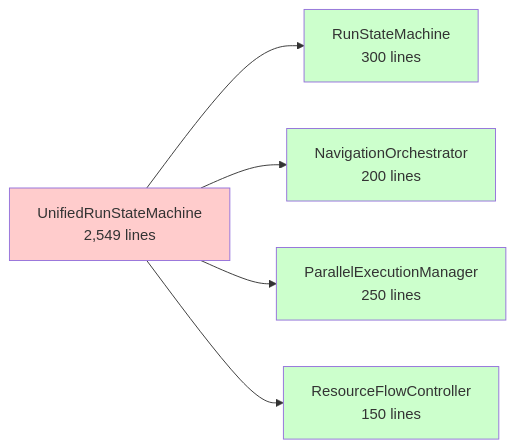
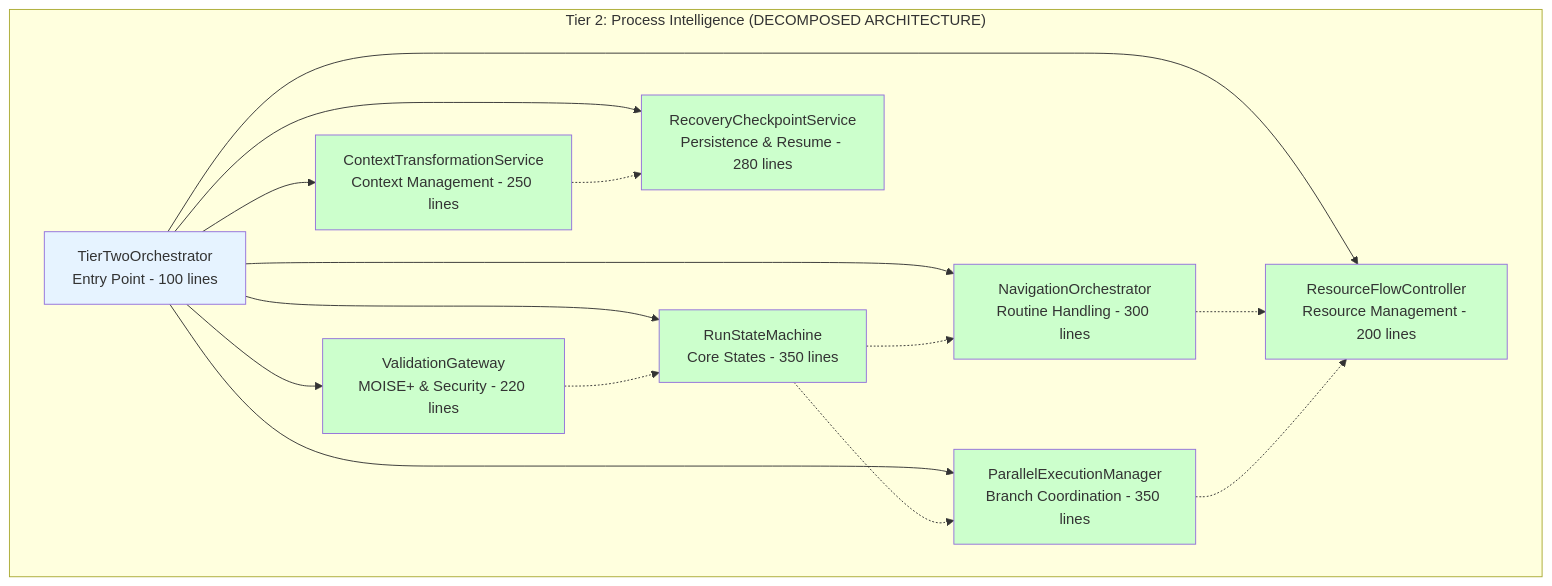
One commit to Vrooli/Vrooli changed the second of 6 diagrams in packages/server/src/services/execution/EXECUTION_FLOW_ANALYSIS.md. Above: the diagram before and after it, drawn with Mermaid. The commit also changed other lines of this file and 84 other files, not shown here.

Commit message:
execution architecture refactor p9

````diff
--- a/packages/server/src/services/execution/EXECUTION_FLOW_ANALYSIS.md
+++ b/packages/server/src/services/execution/EXECUTION_FLOW_ANALYSIS.md
@@ -113,13 +159,38 @@
 ```mermaid
-graph LR
-    A[UnifiedRunStateMachine<br/>2,549 lines] --> B[RunStateMachine<br/>300 lines]
-    A --> C[NavigationOrchestrator<br/>200 lines] 
-    A --> D[ParallelExecutionManager<br/>250 lines]
-    A --> E[ResourceFlowController<br/>150 lines]
+graph TB
+    subgraph "Tier 2: Process Intelligence (DECOMPOSED ARCHITECTURE)"
+        A[TierTwoOrchestrator<br/>Entry Point - 100 lines]
+        
+        B[RunStateMachine<br/>Core States - 350 lines]
+        C[NavigationOrchestrator<br/>Routine Handling - 300 lines] 
+        D[ParallelExecutionManager<br/>Branch Coordination - 350 lines]
+        E[ResourceFlowController<br/>Resource Management - 200 lines]
+        F[ContextTransformationService<br/>Context Management - 250 lines]
+        G[RecoveryCheckpointService<br/>Persistence & Resume - 280 lines]
+        H[ValidationGateway<br/>MOISE+ & Security - 220 lines]
+        
+        A --> B
+        A --> C
+        A --> D
+        A --> E
+        A --> F
+        A --> G
+        A --> H
+        
+        B -.-> C
+        B -.-> D
+        C -.-> E
+        D -.-> E
+        F -.-> G
+        H -.-> B
+    end
     
-    style A fill:#ffcccc
+    style A fill:#e6f3ff
     style B fill:#ccffcc
     style C fill:#ccffcc
     style D fill:#ccffcc
     style E fill:#ccffcc
+    style F fill:#ccffcc
+    style G fill:#ccffcc
+    style H fill:#ccffcc
 ```
````
